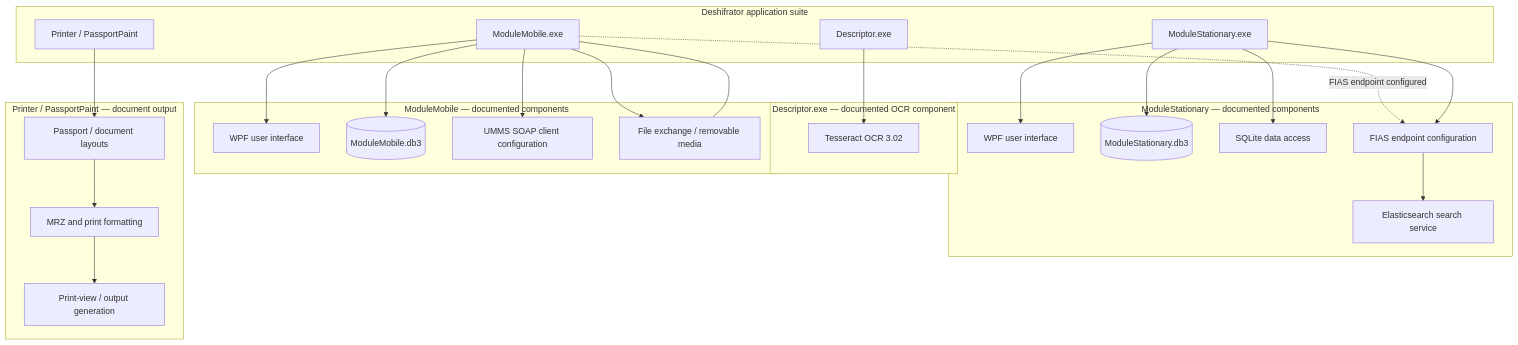
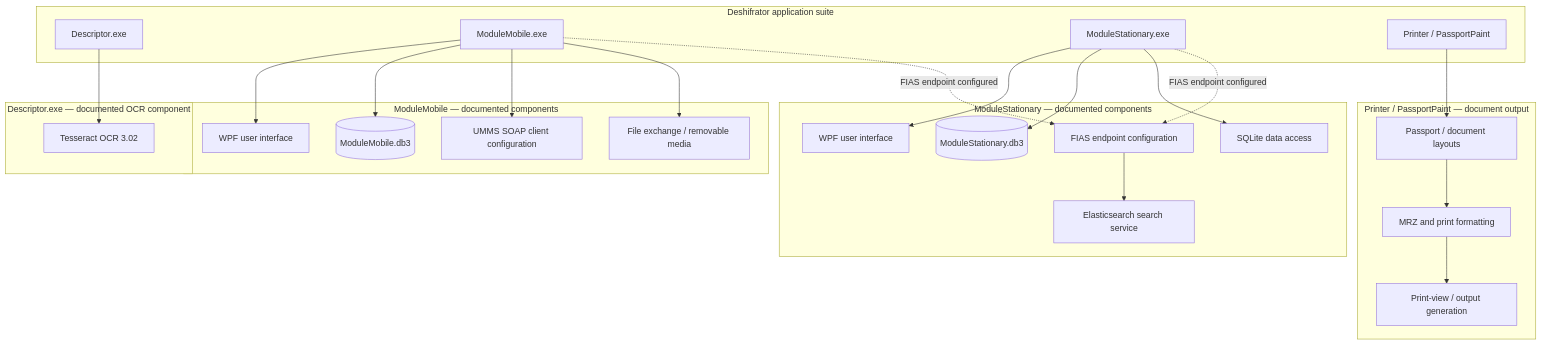
The eighth of 10 diagrams in materials/architecture/README.md (ekatmoz88-alt/territory-descriptor-unified), drawn with Mermaid before and after one commit.

Commit message:
Align Deshifrator diagram relationships with source evidence

````diff
--- a/materials/architecture/README.md
+++ b/materials/architecture/README.md
@@ -219,44 +219,43 @@
 ```mermaid
 flowchart TB
   subgraph SUITE["Deshifrator application suite"]
     DESCRIPTOR["Descriptor.exe"]
     MOBILE["ModuleMobile.exe"]
     STATIONARY["ModuleStationary.exe"]
     PRINT["Printer / PassportPaint"]
   end
   subgraph DESCRIPTORPARTS["Descriptor.exe — documented OCR component"]
     OCR["Tesseract OCR 3.02"]
   end
   subgraph MOBILEPARTS["ModuleMobile — documented components"]
     MUI["WPF user interface"]
     MOBDB[("ModuleMobile.db3")]
     SOAP["UMMS SOAP client configuration"]
     FILEOUT["File exchange / removable media"]
   end
   subgraph STPARTS["ModuleStationary — documented components"]
     SUI["WPF user interface"]
     STDB[("ModuleStationary.db3")]
     SQLITE["SQLite data access"]
     FIAS["FIAS endpoint configuration"]
     ELASTIC["Elasticsearch search service"]
   end
   subgraph PRINTPARTS["Printer / PassportPaint — document output"]
     LAYOUT["Passport / document layouts"]
     MRZ["MRZ and print formatting"]
     OUTPUT["Print-view / output generation"]
   end
   DESCRIPTOR --> OCR
   MOBILE --> MUI
   MOBILE --> MOBDB
   MOBILE --> SOAP
   MOBILE --> FILEOUT
   STATIONARY --> SUI
   STATIONARY --> STDB
   STATIONARY --> SQLITE
   MOBILE -. "FIAS endpoint configured" .-> FIAS
-  STATIONARY --> FIAS
+  STATIONARY -. "FIAS endpoint configured" .-> FIAS
   FIAS --> ELASTIC
   PRINT --> LAYOUT
   LAYOUT --> MRZ --> OUTPUT
-  MOBILE --- FILEOUT
 ```
````
